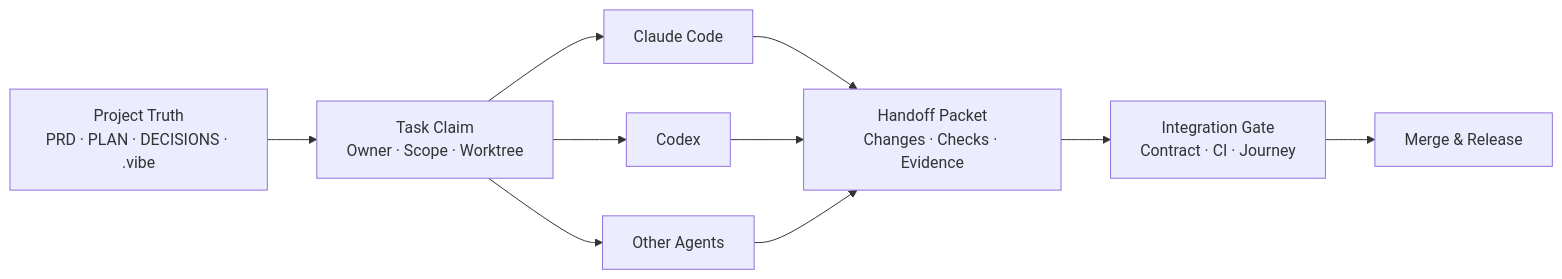
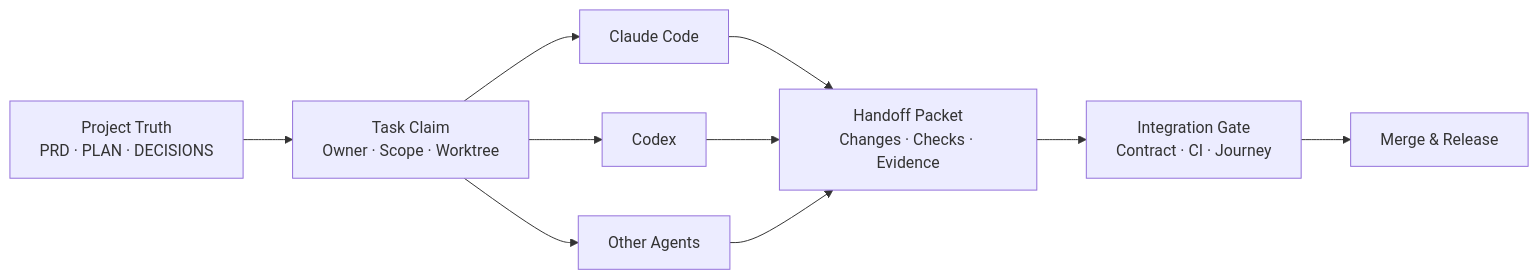
The diagram in README.en.md (mountainwind1/Vibecoding-Handbook), drawn with Mermaid before and after one commit. The commit also changed other lines of this file and 4 other files, not shown here.

````diff
--- a/README.en.md
+++ b/README.en.md
@@ -48,12 +49,12 @@
 ```mermaid
 flowchart LR
-    A["Project Truth<br/>PRD · PLAN · DECISIONS · .vibe"] --> B["Task Claim<br/>Owner · Scope · Worktree"]
+    A["Project Truth<br/>PRD · PLAN · DECISIONS"] --> B["Task Claim<br/>Owner · Scope · Worktree"]
     B --> C1["Claude Code"]
     B --> C2["Codex"]
     B --> C3["Other Agents"]
     C1 --> D["Handoff Packet<br/>Changes · Checks · Evidence"]
     C2 --> D
     C3 --> D
     D --> E["Integration Gate<br/>Contract · CI · Journey"]
     E --> F["Merge & Release"]
 ```
````
